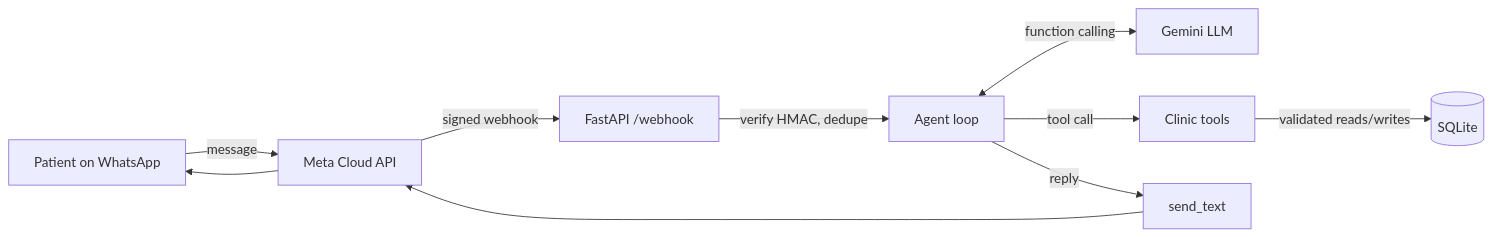
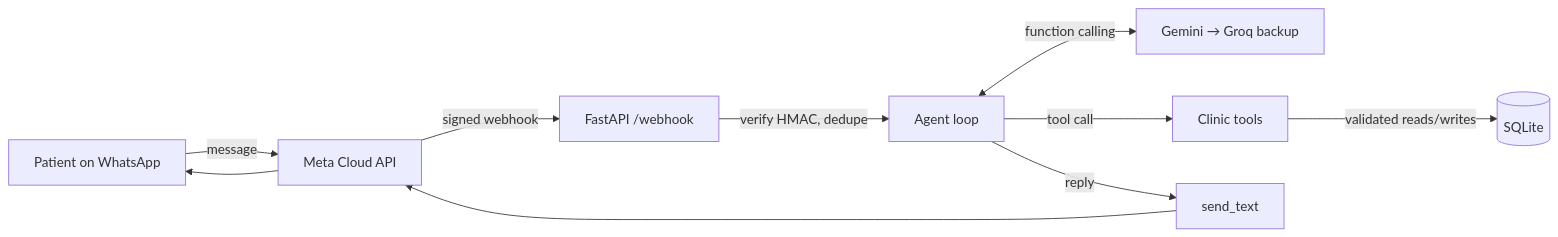
One commit to HeshamAshrf93/clinic-booking-agent changed the diagram in README.md. Above: the diagram before and after it, drawn with Mermaid. The commit also changed other lines of this file and 6 other files, not shown here.

Commit message:
Fix Gemini tool-result role; add Groq as automatic backup provider

````diff
--- a/README.md
+++ b/README.md
@@ -17,10 +17,10 @@
 ```mermaid
 flowchart LR
     P[Patient on WhatsApp] -->|message| M[Meta Cloud API]
     M -->|signed webhook| W[FastAPI /webhook]
     W -->|verify HMAC, dedupe| A[Agent loop]
-    A <-->|function calling| L[Gemini LLM]
+    A <-->|function calling| L[Gemini → Groq backup]
     A -->|tool call| T[Clinic tools]
     T -->|validated reads/writes| D[(SQLite)]
     A -->|reply| S[send_text] --> M --> P
 ```
````
